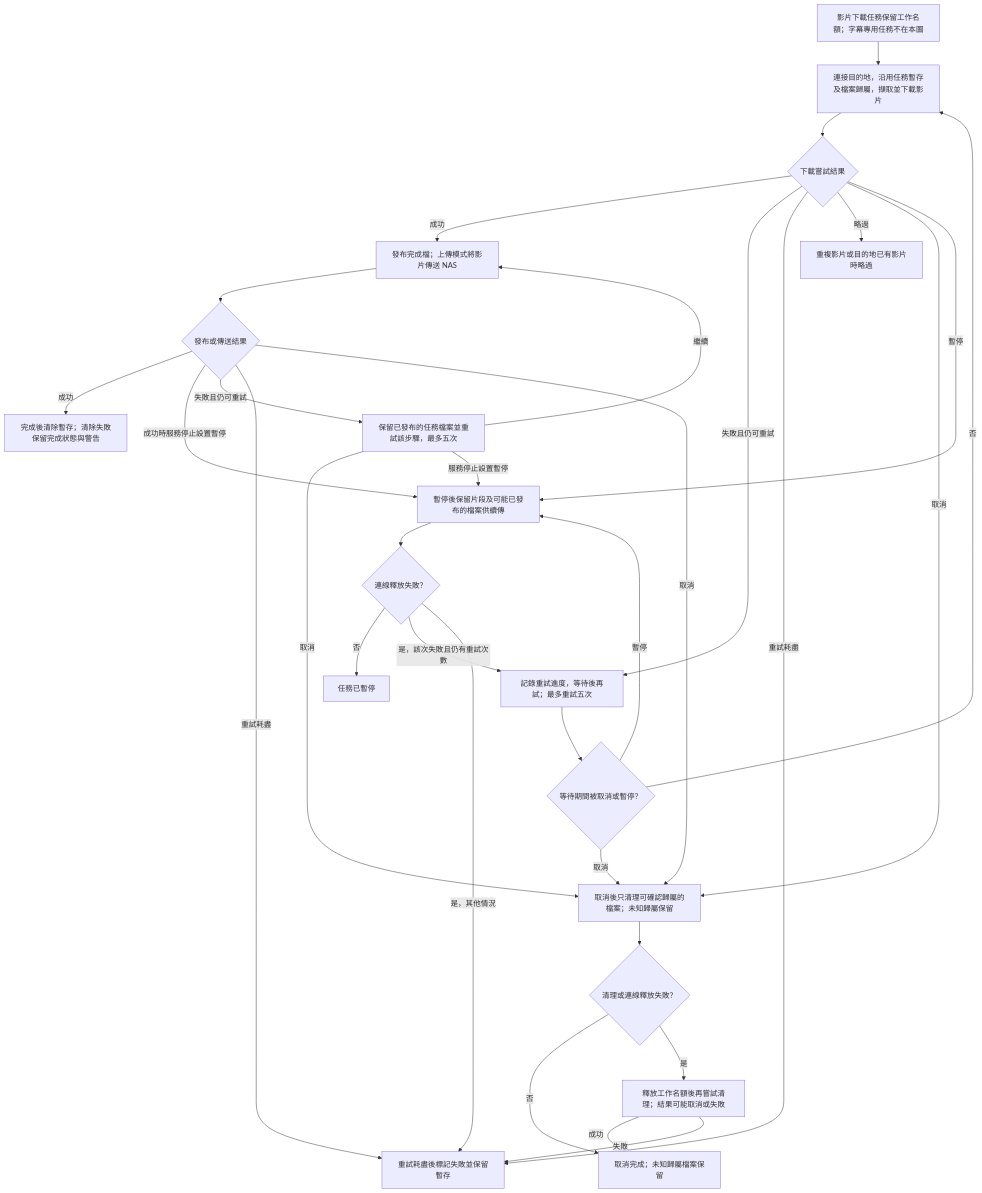
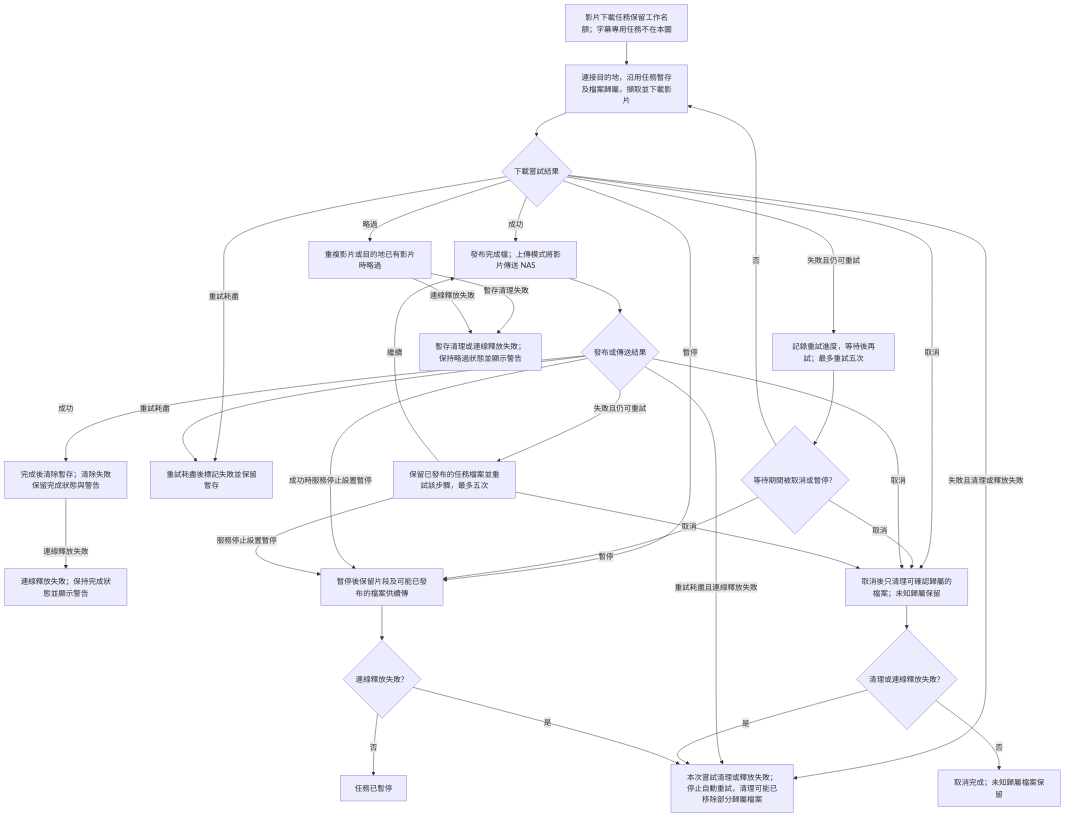
Before and after one commit to CloudWorkTools/UAV-Downloader: the diagram in docs/flows/download.execute.mmd, drawn with Mermaid. The commit also changed 9 other files, not shown here.

```diff
--- a/docs/flows/download.execute.mmd
+++ b/docs/flows/download.execute.mmd
@@ -1,49 +1,53 @@
 flowchart TD
 START["影片下載任務保留工作名額；字幕專用任務不在本圖"]
 ATTEMPT["連接目的地，沿用任務暫存及檔案歸屬，擷取並下載影片"]
 RESULT{"下載嘗試結果"}
 WAIT["記錄重試進度，等待後再試；最多重試五次"]
 STOP{"等待期間被取消或暫停？"}
 FINISHFAIL["重試耗盡後標記失敗並保留暫存"]
 PUBLISH["發布完成檔；上傳模式將影片傳送 NAS"]
 STORE{"發布或傳送結果"}
 STOREWAIT["保留已發布的任務檔案並重試該步驟，最多五次"]
 DONE["完成後清除暫存；清除失敗保留完成狀態與警告"]
+DONEWARN["連線釋放失敗；保持完成狀態並顯示警告"]
 SKIP["重複影片或目的地已有影片時略過"]
+SKIPWARN["暫存清理或連線釋放失敗；保持略過狀態並顯示警告"]
 CANCEL["取消後只清理可確認歸屬的檔案；未知歸屬保留"]
 CANCELCHECK{"清理或連線釋放失敗？"}
-CANCELRETRY["釋放工作名額後再嘗試清理；結果可能取消或失敗"]
 CANCELLED["取消完成；未知歸屬檔案保留"]
 PAUSE["暫停後保留片段及可能已發布的檔案供續傳"]
 PAUSECHECK{"連線釋放失敗？"}
 PAUSED["任務已暫停"]
+RELEASEFAIL["本次嘗試清理或釋放失敗；停止自動重試，清理可能已移除部分歸屬檔案"]
 START --> ATTEMPT
 ATTEMPT --> RESULT
 RESULT -->|成功| PUBLISH
 RESULT -->|失敗且仍可重試| WAIT
 RESULT -->|重試耗盡| FINISHFAIL
+RESULT -->|失敗且清理或釋放失敗| RELEASEFAIL
 RESULT -->|略過| SKIP
 RESULT -->|取消| CANCEL
 RESULT -->|暫停| PAUSE
 WAIT --> STOP
 STOP -->|否| ATTEMPT
 STOP -->|取消| CANCEL
 STOP -->|暫停| PAUSE
 PUBLISH --> STORE
 STORE -->|成功| DONE
 STORE -->|成功時服務停止設置暫停| PAUSE
 STORE -->|失敗且仍可重試| STOREWAIT
 STORE -->|重試耗盡| FINISHFAIL
+STORE -->|重試耗盡且連線釋放失敗| RELEASEFAIL
 STORE -->|取消| CANCEL
 STOREWAIT -->|繼續| PUBLISH
 STOREWAIT -->|取消| CANCEL
 STOREWAIT -->|服務停止設置暫停| PAUSE
 CANCEL --> CANCELCHECK
 CANCELCHECK -->|否| CANCELLED
-CANCELCHECK -->|是| CANCELRETRY
-CANCELRETRY -->|成功| CANCELLED
-CANCELRETRY -->|失敗| FINISHFAIL
+CANCELCHECK -->|是| RELEASEFAIL
+DONE -->|連線釋放失敗| DONEWARN
+SKIP -->|暫存清理失敗| SKIPWARN
+SKIP -->|連線釋放失敗| SKIPWARN
 PAUSE --> PAUSECHECK
 PAUSECHECK -->|否| PAUSED
-PAUSECHECK -->|是，該次失敗且仍有重試次數| WAIT
-PAUSECHECK -->|是，其他情況| FINISHFAIL
+PAUSECHECK -->|是| RELEASEFAIL
```
